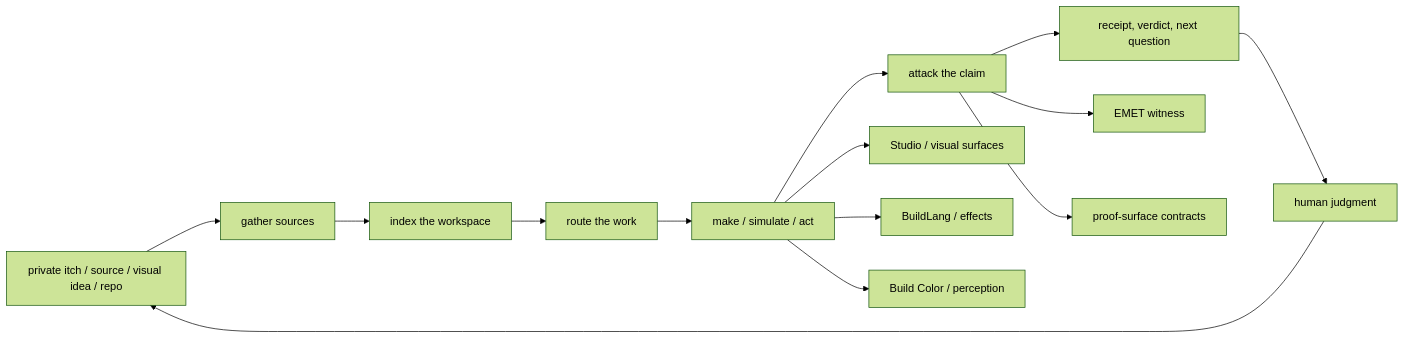
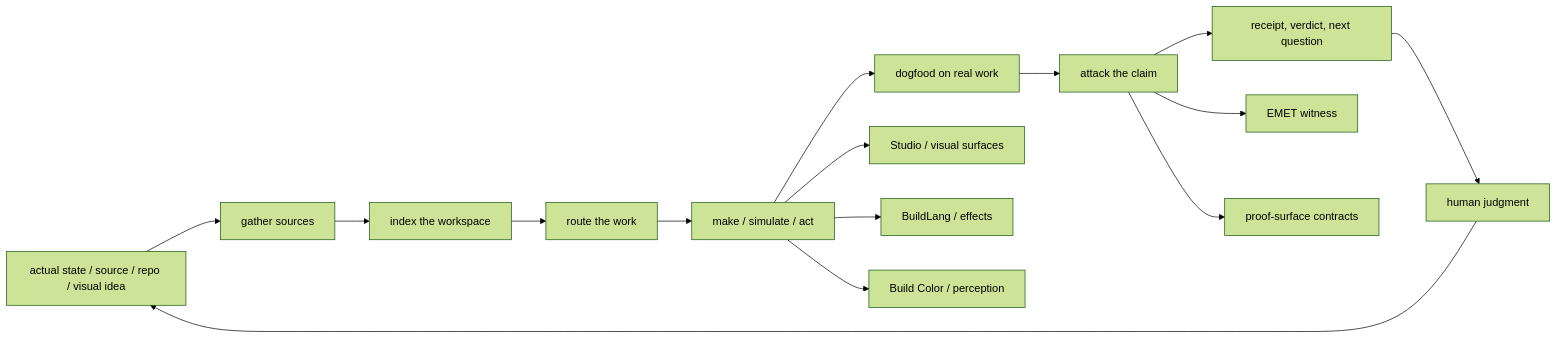
One commit to HarperZ9/HarperZ9 changed the first of 2 diagrams in README.md. Above: the diagram before and after it, drawn with Mermaid (forest theme). The commit also changed other lines of this file and 4 other files, not shown here.

````diff
--- a/README.md
+++ b/README.md
@@ -393,17 +431,18 @@
 ```mermaid
 flowchart LR
-    itch["private itch / source / visual idea / repo"] --> gather["gather sources"]
+    state["actual state / source / repo / visual idea"] --> gather["gather sources"]
     gather --> index["index the workspace"]
     index --> forum["route the work"]
     forum --> telos["make / simulate / act"]
-    telos --> crucible["attack the claim"]
+    telos --> dogfood["dogfood on real work"]
+    dogfood --> crucible["attack the claim"]
     crucible --> receipt["receipt, verdict, next question"]
     receipt --> human["human judgment"]
-    human --> itch
+    human --> state
 
     telos --> studio["Studio / visual surfaces"]
     telos --> buildlang["BuildLang / effects"]
     telos --> color["Build Color / perception"]
     crucible --> emet["EMET witness"]
     crucible --> proof["proof-surface contracts"]
 ```
````
